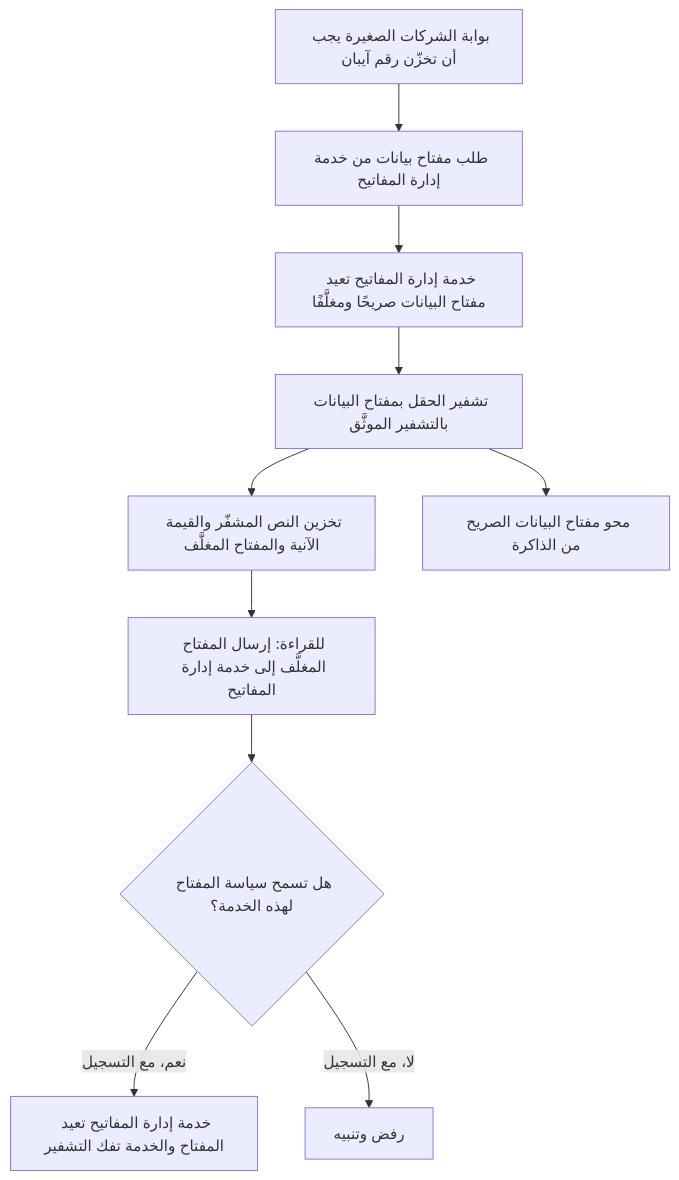
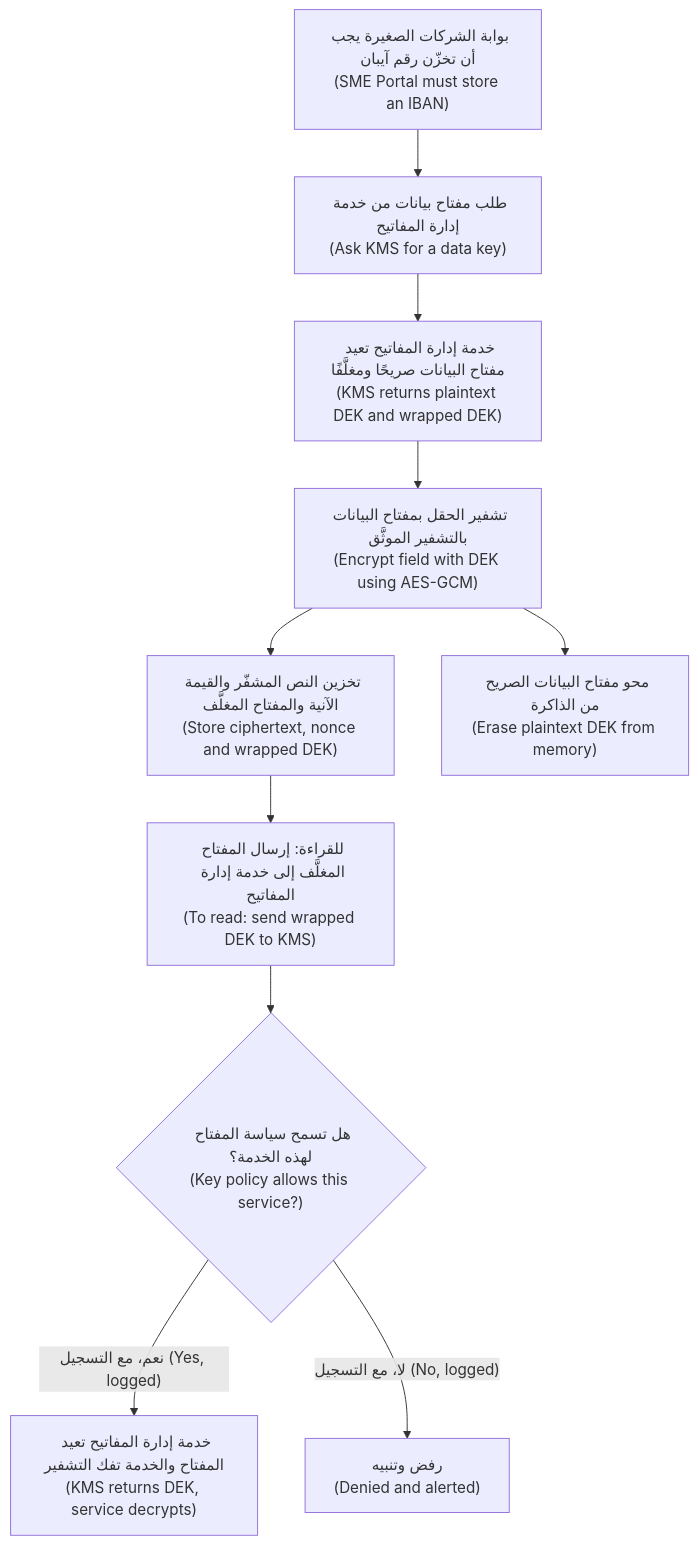
The first of 3 diagrams in secai/modules/05-data-crypto.ar.md (Tamoura/system-design-for-vibe-coders), drawn with Mermaid before and after one commit. The commit also changed other lines of this file and 11 other files, not shown here.

First line of the commit message:
Security course: Arabic modules 10–11 reviewed; RTL diagrams with English labels for modules 0–11

````diff
--- a/secai/modules/05-data-crypto.ar.md
+++ b/secai/modules/05-data-crypto.ar.md
@@ -95,12 +95,12 @@
 ```mermaid
 flowchart TD
-    A["بوابة الشركات الصغيرة يجب أن تخزّن رقم آيبان"] --> B["طلب مفتاح بيانات من خدمة إدارة المفاتيح"]
-    B --> C["خدمة إدارة المفاتيح تعيد مفتاح البيانات صريحًا ومغلَّفًا"]
-    C --> D["تشفير الحقل بمفتاح البيانات بالتشفير الموثَّق"]
-    D --> E["تخزين النص المشفّر والقيمة الآنية والمفتاح المغلَّف"]
-    D --> F["محو مفتاح البيانات الصريح من الذاكرة"]
-    E --> G["للقراءة: إرسال المفتاح المغلَّف إلى خدمة إدارة المفاتيح"]
-    G --> H{"هل تسمح سياسة المفتاح لهذه الخدمة؟"}
-    H -->|"نعم، مع التسجيل"| I["خدمة إدارة المفاتيح تعيد المفتاح والخدمة تفك التشفير"]
-    H -->|"لا، مع التسجيل"| J["رفض وتنبيه"]
+    A["بوابة الشركات الصغيرة يجب أن تخزّن رقم آيبان<br/>(SME Portal must store an IBAN)"] --> B["طلب مفتاح بيانات من خدمة إدارة المفاتيح<br/>(Ask KMS for a data key)"]
+    B --> C["خدمة إدارة المفاتيح تعيد مفتاح البيانات صريحًا ومغلَّفًا<br/>(KMS returns plaintext DEK and wrapped DEK)"]
+    C --> D["تشفير الحقل بمفتاح البيانات بالتشفير الموثَّق<br/>(Encrypt field with DEK using AES-GCM)"]
+    D --> E["تخزين النص المشفّر والقيمة الآنية والمفتاح المغلَّف<br/>(Store ciphertext, nonce and wrapped DEK)"]
+    D --> F["محو مفتاح البيانات الصريح من الذاكرة<br/>(Erase plaintext DEK from memory)"]
+    E --> G["للقراءة: إرسال المفتاح المغلَّف إلى خدمة إدارة المفاتيح<br/>(To read: send wrapped DEK to KMS)"]
+    G --> H{"هل تسمح سياسة المفتاح لهذه الخدمة؟<br/>(Key policy allows this service?)"}
+    H -->|"نعم، مع التسجيل (Yes, logged)"| I["خدمة إدارة المفاتيح تعيد المفتاح والخدمة تفك التشفير<br/>(KMS returns DEK, service decrypts)"]
+    H -->|"لا، مع التسجيل (No, logged)"| J["رفض وتنبيه<br/>(Denied and alerted)"]
 ```
````
